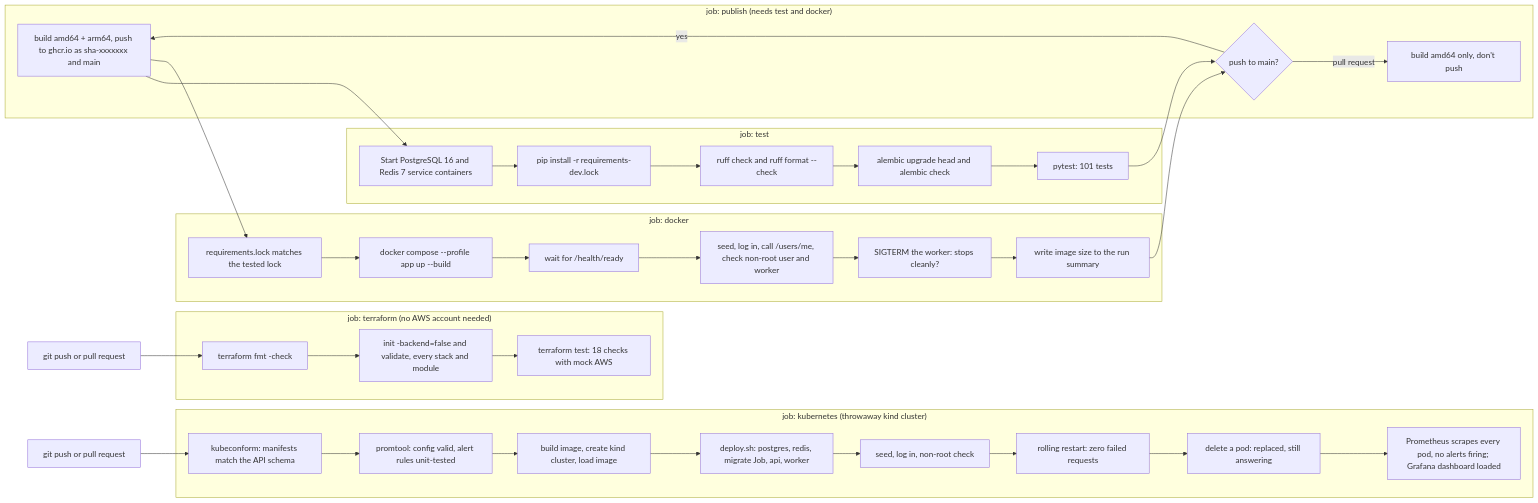
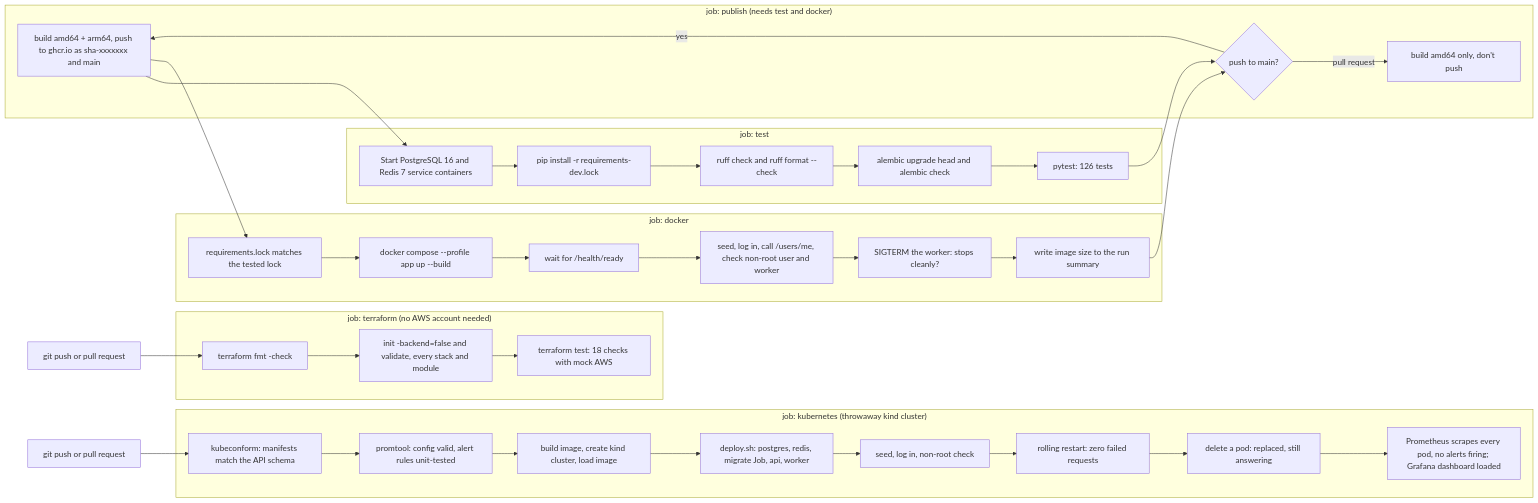
The seventh of 15 diagrams in README.md (revant123/QuickServe), drawn with Mermaid before and after one commit. The commit also changed other lines of this file and 30 other files, not shown here.

````diff
--- a/README.md
+++ b/README.md
@@ -487,47 +493,47 @@
 ```mermaid
 flowchart LR
     push["git push or pull request"] --> pg
     push --> lock
 
     subgraph test["job: test"]
         pg["Start PostgreSQL 16 and Redis 7 service containers"] --> inst["pip install -r requirements-dev.lock"]
         inst --> lint["ruff check and ruff format --check"]
         lint --> mig["alembic upgrade head and alembic check"]
-        mig --> pyt["pytest: 101 tests"]
+        mig --> pyt["pytest: 126 tests"]
     end
 
     subgraph docker["job: docker"]
         lock["requirements.lock matches the tested lock"] --> build["docker compose --profile app up --build"]
         build --> ready["wait for /health/ready"]
         ready --> smoke["seed, log in, call /users/me, check non-root user and worker"]
         smoke --> stop["SIGTERM the worker: stops cleanly?"]
         stop --> size["write image size to the run summary"]
     end
 
     pyt --> pub
     size --> pub
 
     subgraph publish["job: publish (needs test and docker)"]
         pub{"push to main?"} -->|"yes"| push["build amd64 + arm64, push to ghcr.io as sha-xxxxxxx and main"]
         pub -->|"pull request"| only["build amd64 only, don't push"]
     end
 
     push2["git push or pull request"] --> tf
 
     subgraph terraform["job: terraform (no AWS account needed)"]
         tf["terraform fmt -check"] --> val["init -backend=false and validate, every stack and module"]
         val --> tftest["terraform test: 18 checks with mock AWS"]
     end
 
     push3["git push or pull request"] --> kc
 
     subgraph kubernetes["job: kubernetes (throwaway kind cluster)"]
         kc["kubeconform: manifests match the API schema"] --> kp["promtool: config valid, alert rules unit-tested"]
         kp --> kb["build image, create kind cluster, load image"]
         kb --> kd["deploy.sh: postgres, redis, migrate Job, api, worker"]
         kd --> ks["seed, log in, non-root check"]
         ks --> kr["rolling restart: zero failed requests"]
         kr --> kh["delete a pod: replaced, still answering"]
         kh --> km["Prometheus scrapes every pod, no alerts firing; Grafana dashboard loaded"]
     end
 ```
````
